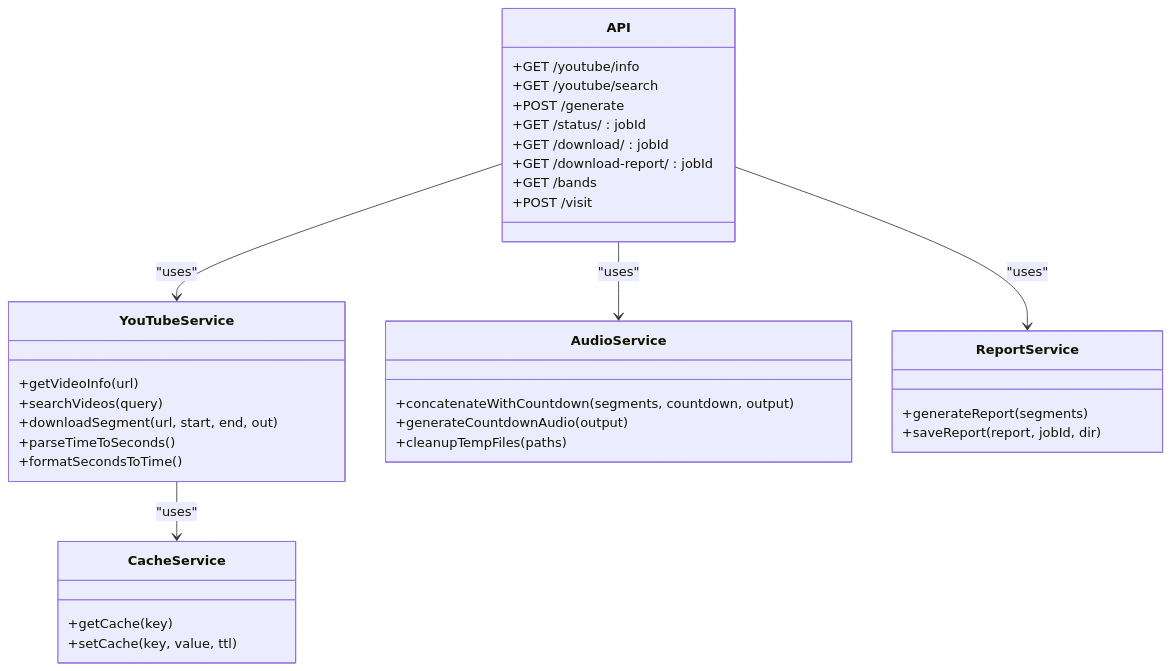
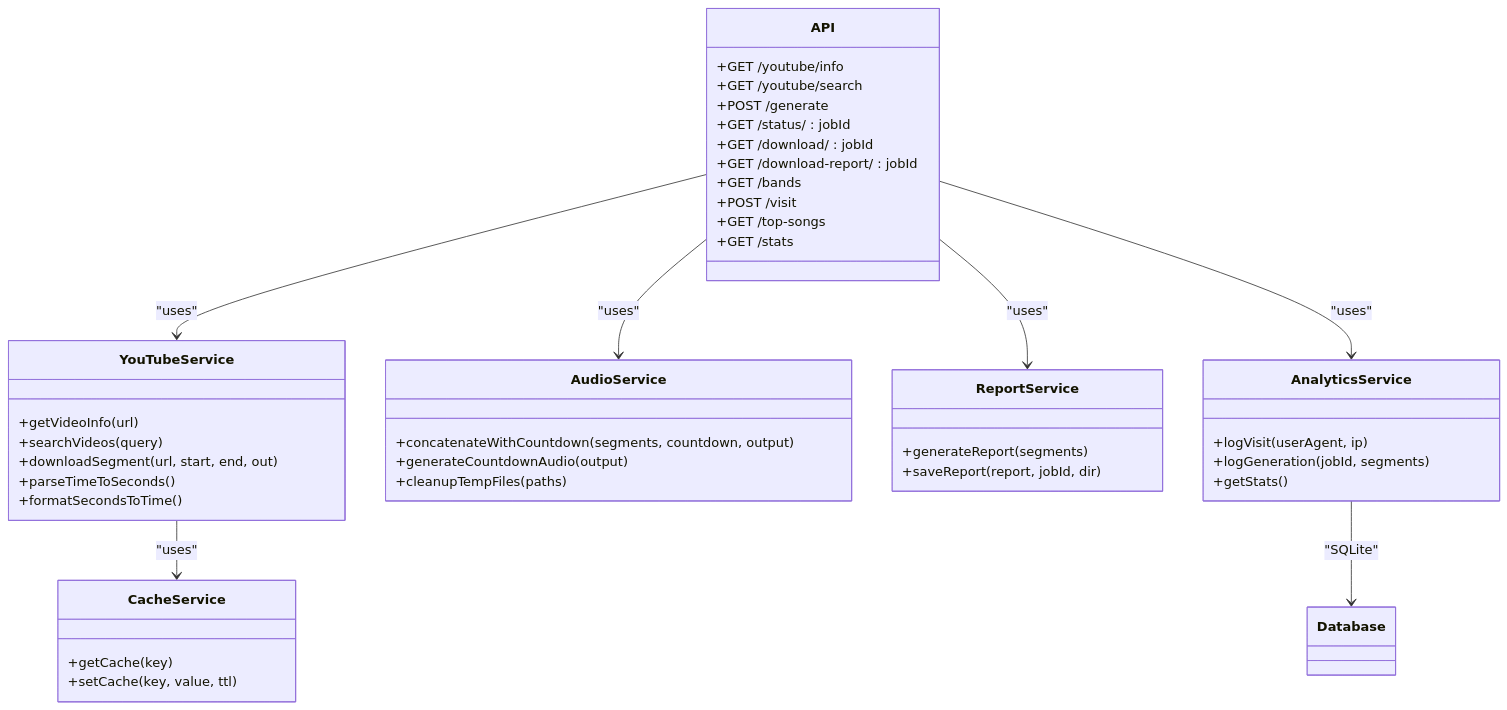
Before and after one commit to dkoukoul/kpop-random-dance-generator: the tenth of 11 diagrams in .qoder/repowiki/en/content/Frontend Application/Feature Implementations.md, drawn with Mermaid. The commit also changed other lines of this file and 3 other files, not shown here.

````diff
--- a/.qoder/repowiki/en/content/Frontend Application/Feature Implementations.md
+++ b/.qoder/repowiki/en/content/Frontend Application/Feature Implementations.md
@@ -322,37 +391,46 @@
 ```mermaid
 classDiagram
 class API {
 +GET /youtube/info
 +GET /youtube/search
 +POST /generate
 +GET /status/ : jobId
 +GET /download/ : jobId
 +GET /download-report/ : jobId
 +GET /bands
 +POST /visit
++GET /top-songs
++GET /stats
 }
 class YouTubeService {
 +getVideoInfo(url)
 +searchVideos(query)
 +downloadSegment(url, start, end, out)
 +parseTimeToSeconds()
 +formatSecondsToTime()
 }
 class AudioService {
 +concatenateWithCountdown(segments, countdown, output)
 +generateCountdownAudio(output)
 +cleanupTempFiles(paths)
 }
 class ReportService {
 +generateReport(segments)
 +saveReport(report, jobId, dir)
 }
+class AnalyticsService {
++logVisit(userAgent, ip)
++logGeneration(jobId, segments)
++getStats()
+}
 class CacheService {
 +getCache(key)
 +setCache(key, value, ttl)
 }
 API --> YouTubeService : "uses"
 API --> AudioService : "uses"
 API --> ReportService : "uses"
+API --> AnalyticsService : "uses"
 YouTubeService --> CacheService : "uses"
+AnalyticsService --> Database : "SQLite"
 ```
````
